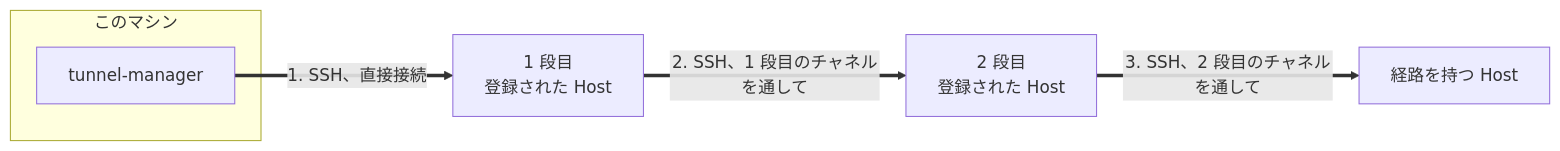
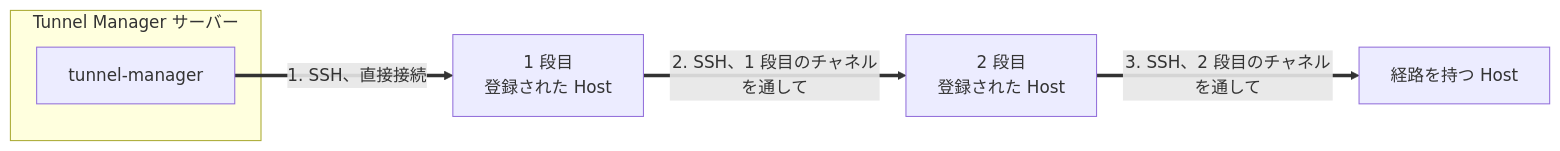
Before and after one commit to jollaman999/tunnel-manager: the fourth of 4 diagrams in docs/reference.ja.md, drawn with Mermaid. The commit also changed other lines of this file and 7 other files, not shown here.

Commit message:
docs: Call it the Tunnel Manager server and a jump host

````diff
--- a/docs/reference.ja.md
+++ b/docs/reference.ja.md
@@ -598,13 +598,13 @@
 ```mermaid
 flowchart LR
-    subgraph here [このマシン]
+    subgraph here [Tunnel Manager サーバー]
         tm[tunnel-manager]
     end
     hop1[1 段目<br/>登録された Host]
     hop2[2 段目<br/>登録された Host]
     target[経路を持つ Host]
 
     tm ==>|"1. SSH、直接接続"| hop1
     hop1 ==>|"2. SSH、1 段目のチャネルを通して"| hop2
     hop2 ==>|"3. SSH、2 段目のチャネルを通して"| target
 ```
````
